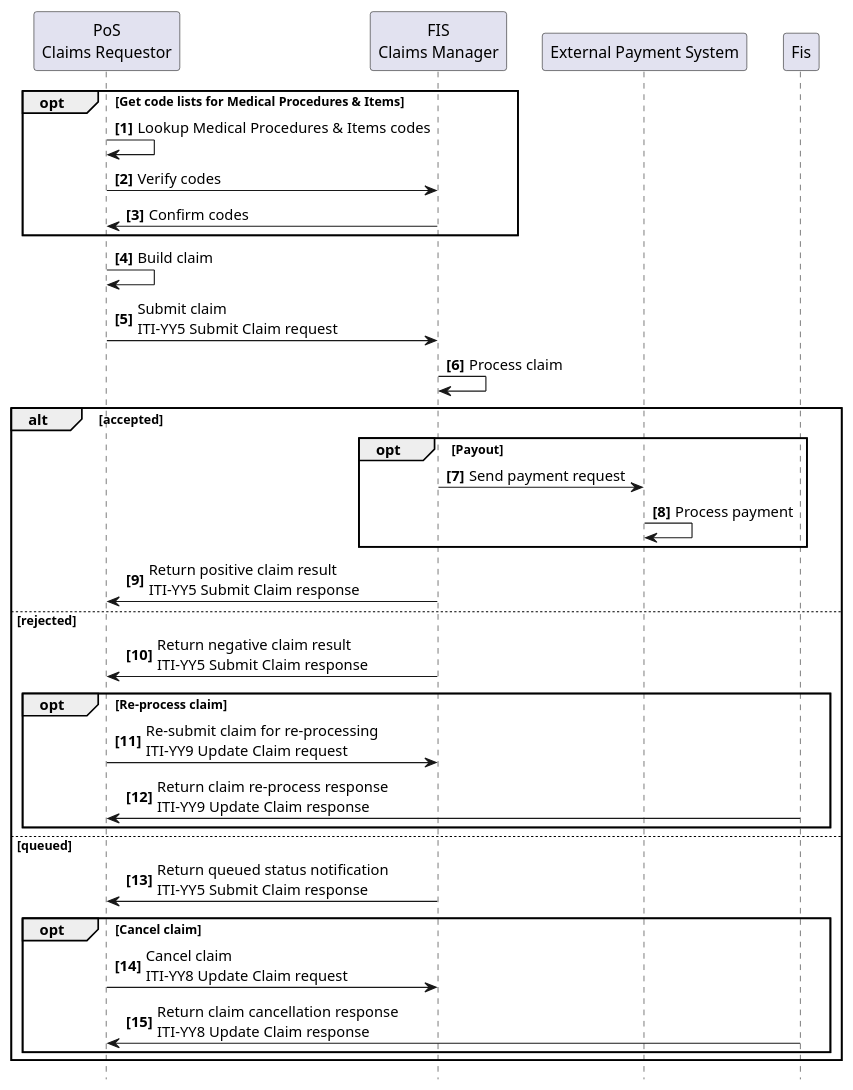
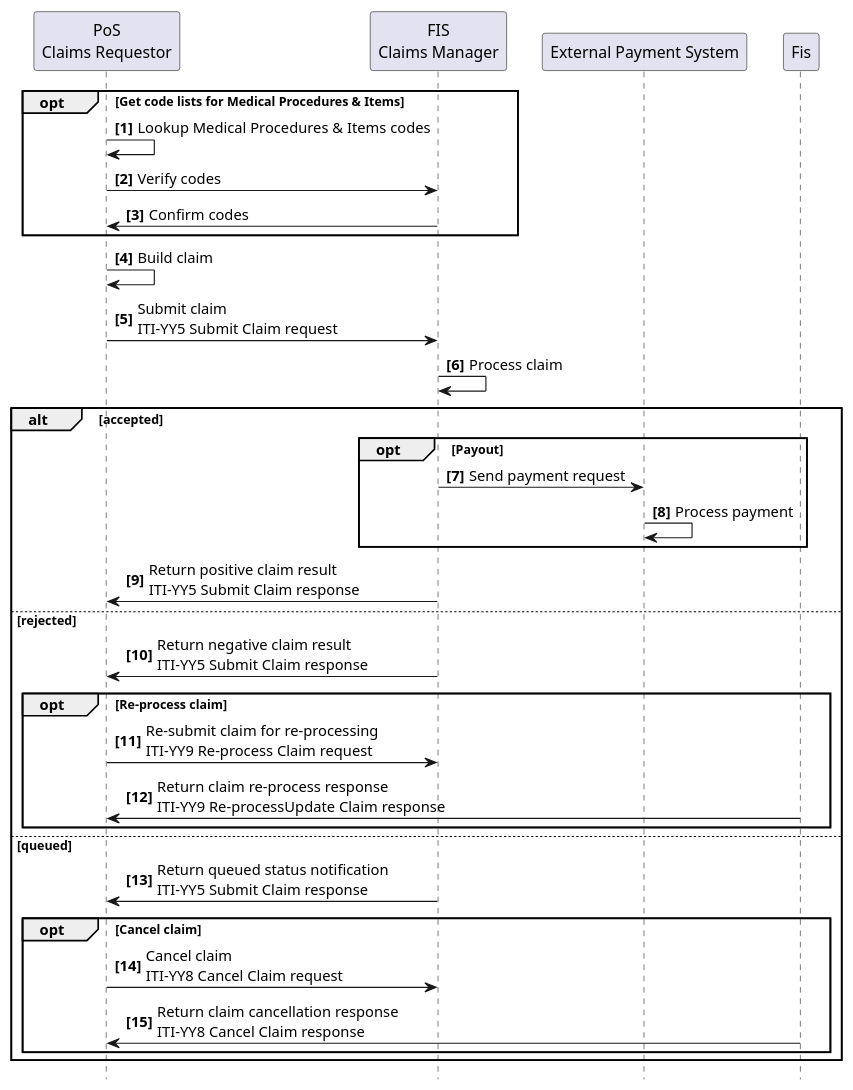
One commit to IHE/ITI.Finance changed the diagram in input/images-source/usecase3-processflow.plantuml. Above: the diagram before and after it, drawn with PlantUML. The commit also changed 23 other files, not shown here.

```diff
--- a/input/images-source/usecase3-processflow.plantuml
+++ b/input/images-source/usecase3-processflow.plantuml
@@ -1,41 +1,41 @@
 @startuml
 skinparam svgDimensionStyle false
 hide footbox
 autonumber "<b>[0]"
 
 participant "PoS\nClaims Requestor" as App
 participant "FIS\nClaims Manager" as FIS
 participant "External Payment System" as EXT
 
 
 opt Get code lists for Medical Procedures & Items
 	App -> App: Lookup Medical Procedures & Items codes
 	App -> FIS: Verify codes
 	FIS -> App: Confirm codes
 end opt
  
 App -> App: Build claim
 App -> FIS: Submit claim\nITI-YY5 Submit Claim request
 FIS -> FIS: Process claim
 
 alt accepted
 	opt Payout
 		FIS->EXT: Send payment request
    	EXT->EXT: Process payment
 	end opt
 	FIS -> App: Return positive claim result\nITI-YY5 Submit Claim response
 else rejected
 	FIS -> App: Return negative claim result\nITI-YY5 Submit Claim response
 	opt Re-process claim
-		App -> FIS: Re-submit claim for re-processing\nITI-YY9 Update Claim request
-		Fis -> App: Return claim re-process response\nITI-YY9 Update Claim response
+		App -> FIS: Re-submit claim for re-processing\nITI-YY9 Re-process Claim request
+		Fis -> App: Return claim re-process response\nITI-YY9 Re-processUpdate Claim response
 	end opt
 else queued
 	FIS -> App: Return queued status notification\nITI-YY5 Submit Claim response
 	opt Cancel claim
-		App -> FIS: Cancel claim\nITI-YY8 Update Claim request
-		Fis -> App: Return claim cancellation response\nITI-YY8 Update Claim response
+		App -> FIS: Cancel claim\nITI-YY8 Cancel Claim request
+		Fis -> App: Return claim cancellation response\nITI-YY8 Cancel Claim response
 	end opt
 end
 
 @enduml
```
